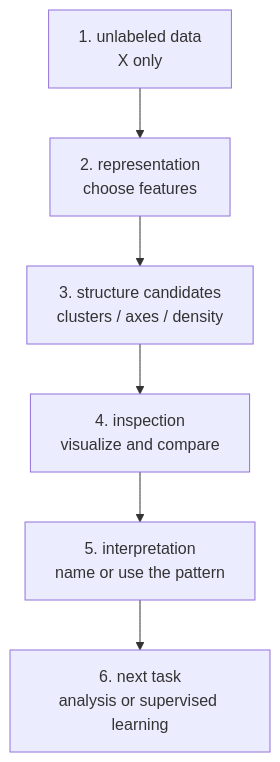
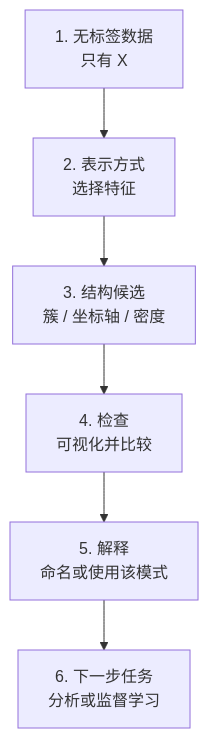
Before and after one commit to devchan64/AiBook: the diagram in docs/assets/part-04/chapter-02/p4-2-2-mermaid-02-zh.mmd, drawn with Mermaid. The commit also changed 279 other files, not shown here.

Commit message:
Localize Part 4 Korean and Chinese diagrams

```diff
--- a/docs/assets/part-04/chapter-02/p4-2-2-mermaid-02-zh.mmd
+++ b/docs/assets/part-04/chapter-02/p4-2-2-mermaid-02-zh.mmd
@@ -1,13 +1,13 @@
 flowchart TB
-  A["1. unlabeled data<br/>X only"]
-  B["2. representation<br/>choose features"]
-  C["3. structure candidates<br/>clusters / axes / density"]
-  D["4. inspection<br/>visualize and compare"]
-  E["5. interpretation<br/>name or use the pattern"]
-  F["6. next task<br/>analysis or supervised learning"]
+  A["1. 无标签数据<br/>只有 X"]
+  B["2. 表示方式<br/>选择特征"]
+  C["3. 结构候选<br/>簇 / 坐标轴 / 密度"]
+  D["4. 检查<br/>可视化并比较"]
+  E["5. 解释<br/>命名或使用该模式"]
+  F["6. 下一步任务<br/>分析或监督学习"]
 
   A --> B
   B --> C
   C --> D
   D --> E
   E --> F
```
